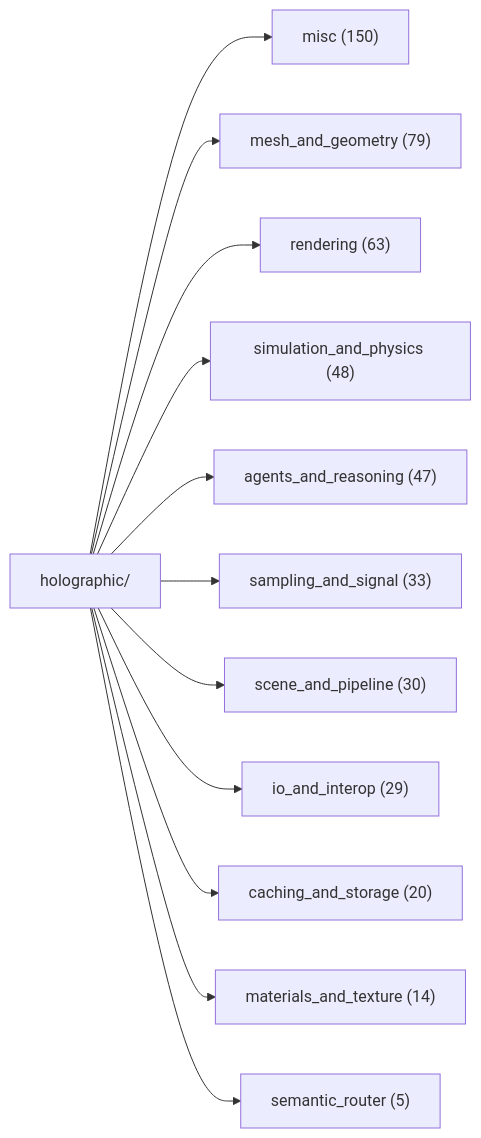
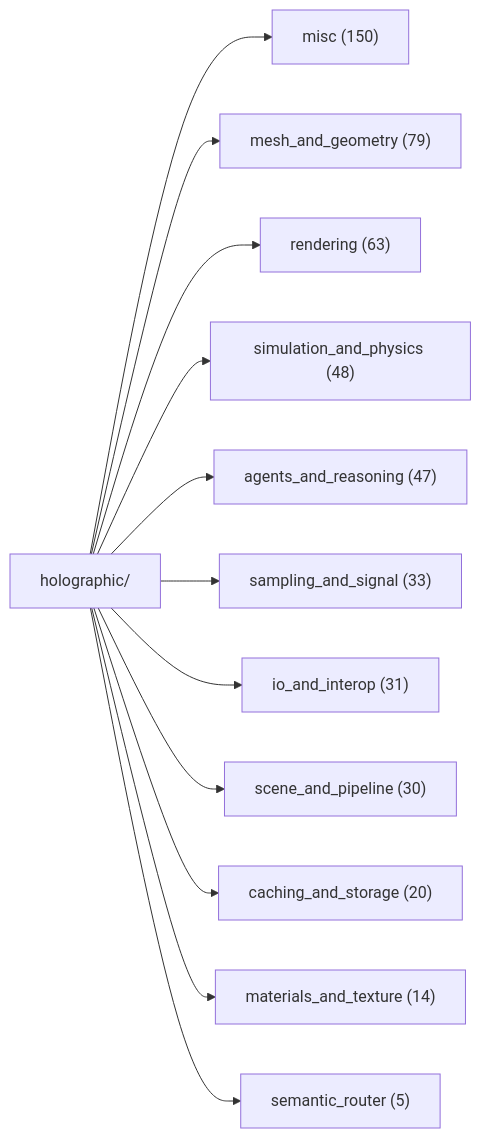
Before and after one commit to AnOversizedMooseWithSocks/leCore: the first of 2 diagrams in docs/DOC_MAP.md, drawn with Mermaid. The commit also changed other lines of this file and 30 other files, not shown here.

````diff
--- a/docs/DOC_MAP.md
+++ b/docs/DOC_MAP.md
@@ -35,15 +35,15 @@
 ```mermaid
 graph LR
     H[holographic/]
     H --> misc["misc (150)"]
     H --> mesh["mesh_and_geometry (79)"]
     H --> rend["rendering (63)"]
     H --> simu["simulation_and_physics (48)"]
     H --> agen["agents_and_reasoning (47)"]
     H --> samp["sampling_and_signal (33)"]
+    H --> io_a["io_and_interop (31)"]
     H --> scen["scene_and_pipeline (30)"]
-    H --> io_a["io_and_interop (29)"]
     H --> cach["caching_and_storage (20)"]
     H --> mate["materials_and_texture (14)"]
     H --> sema["semantic_router (5)"]
 ```
````
